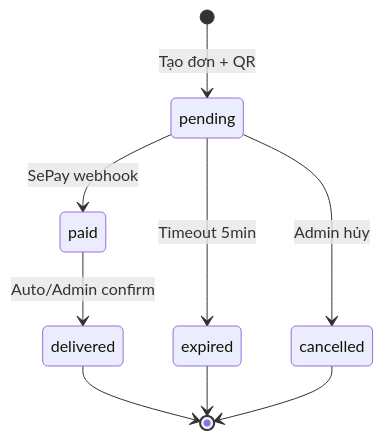
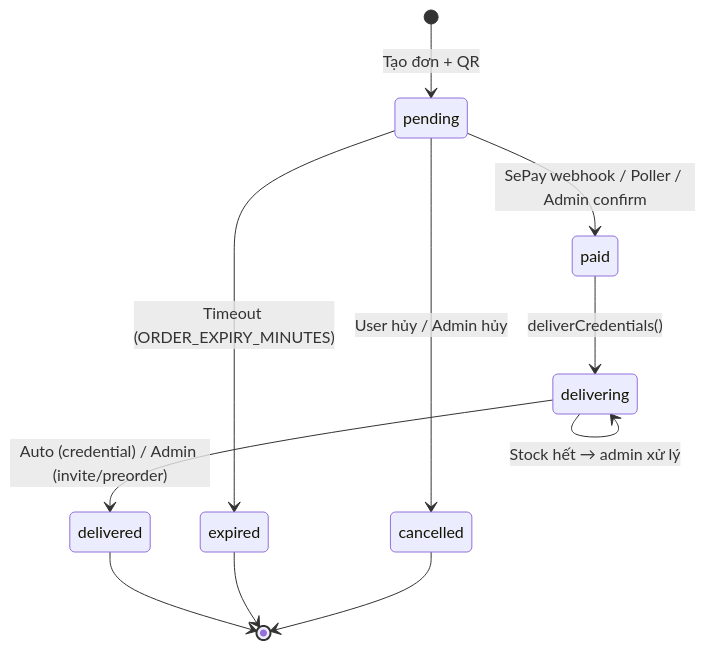
The diagram in docs/features/FE/feature_order_flow.md (maingocanh1702/telegram-sales-bot), drawn with Mermaid before and after one commit. The commit also changed other lines of this file and 4 other files, not shown here.

````diff
--- a/docs/features/FE/feature_order_flow.md
+++ b/docs/features/FE/feature_order_flow.md
@@ -85,11 +127,13 @@
 ```mermaid
 stateDiagram-v2
     [*] --> pending: Tạo đơn + QR
-    pending --> paid: SePay webhook
-    pending --> expired: Timeout 5min
-    pending --> cancelled: Admin hủy
-    paid --> delivered: Auto/Admin confirm
+    pending --> paid: SePay webhook / Poller / Admin confirm
+    pending --> expired: Timeout (ORDER_EXPIRY_MINUTES)
+    pending --> cancelled: User hủy / Admin hủy
+    paid --> delivering: deliverCredentials()
+    delivering --> delivered: Auto (credential) / Admin (invite/preorder)
+    delivering --> delivering: Stock hết → admin xử lý
     delivered --> [*]
     expired --> [*]
     cancelled --> [*]
 ```
````
